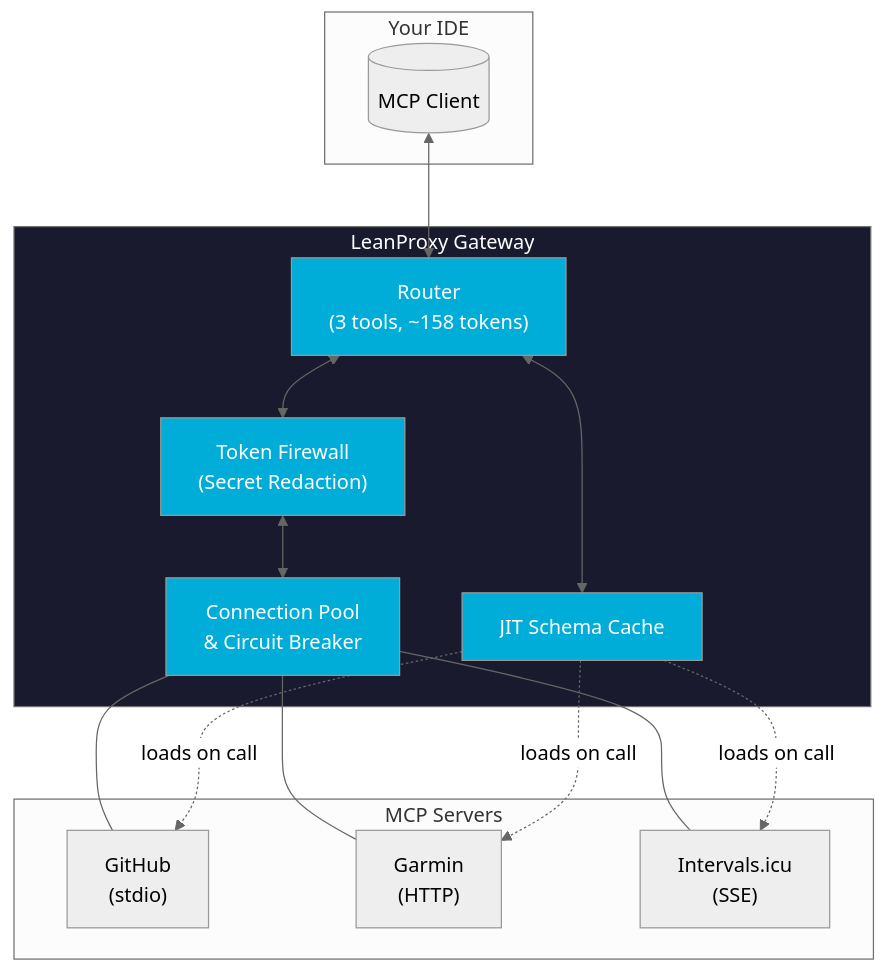
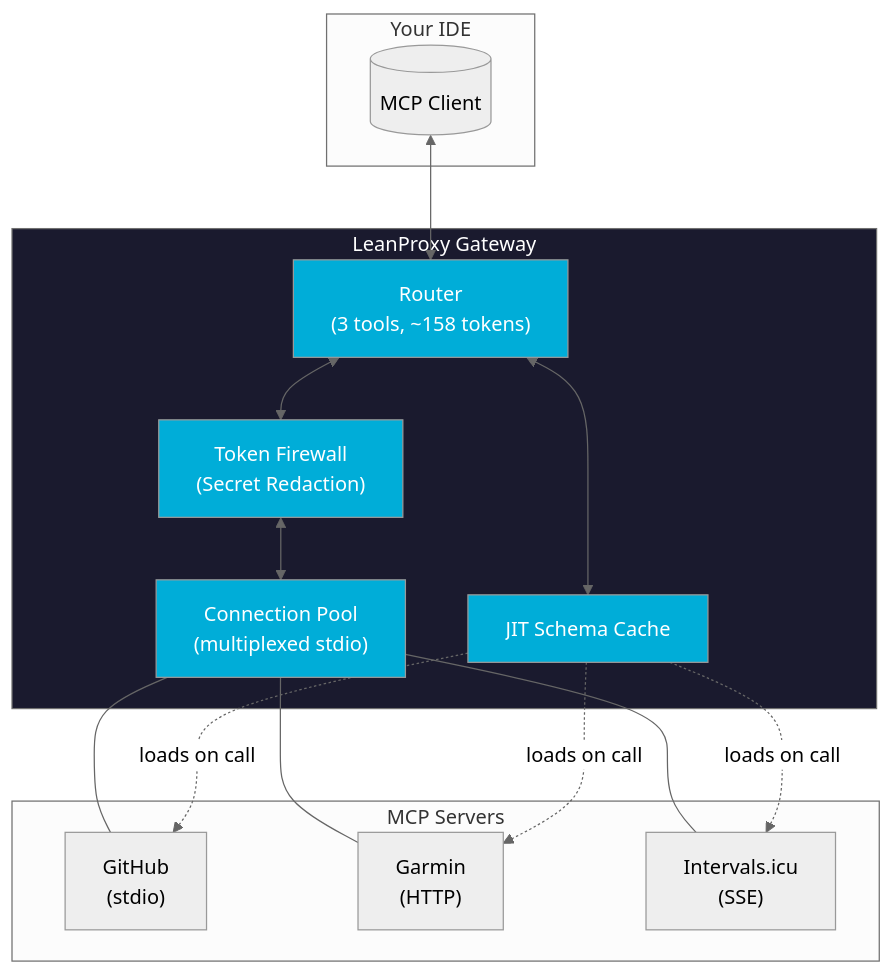
Before and after one commit to mmornati/leanproxy-mcp: the third of 3 diagrams in README.md, drawn with Mermaid (neutral theme). The commit also changed other lines of this file and 4 other files, not shown here.

````diff
--- a/README.md
+++ b/README.md
@@ -212,38 +212,38 @@
 ```mermaid
 flowchart TB
     subgraph IDE["Your IDE"]
         Client[(MCP Client)]
     end
 
     subgraph Gateway["LeanProxy Gateway"]
         Router["Router<br/>(3 tools, ~158 tokens)"]
         JIT["JIT Schema Cache"]
         Firewall["Token Firewall<br/>(Secret Redaction)"]
-        Pool["Connection Pool<br/>& Circuit Breaker"]
+        Pool["Connection Pool<br/>(multiplexed stdio)"]
     end
 
     subgraph Servers["MCP Servers"]
         GH["GitHub<br/>(stdio)"]
         Garmin["Garmin<br/>(HTTP)"]
         Intervals["Intervals.icu<br/>(SSE)"]
     end
 
     Client <--> Router
     Router <--> JIT
     Router <--> Firewall
     Firewall <--> Pool
 
     Pool --- GH
     Pool --- Garmin
     Pool --- Intervals
 
     JIT -.->|"loads on call"| GH
     JIT -.->|"loads on call"| Garmin
     JIT -.->|"loads on call"| Intervals
 
     style Gateway fill:#1a1a2e,color:#fff
     style Router fill:#00ADD8,color:#fff
     style JIT fill:#00ADD8,color:#fff
     style Firewall fill:#00ADD8,color:#fff
     style Pool fill:#00ADD8,color:#fff
 ```
````
